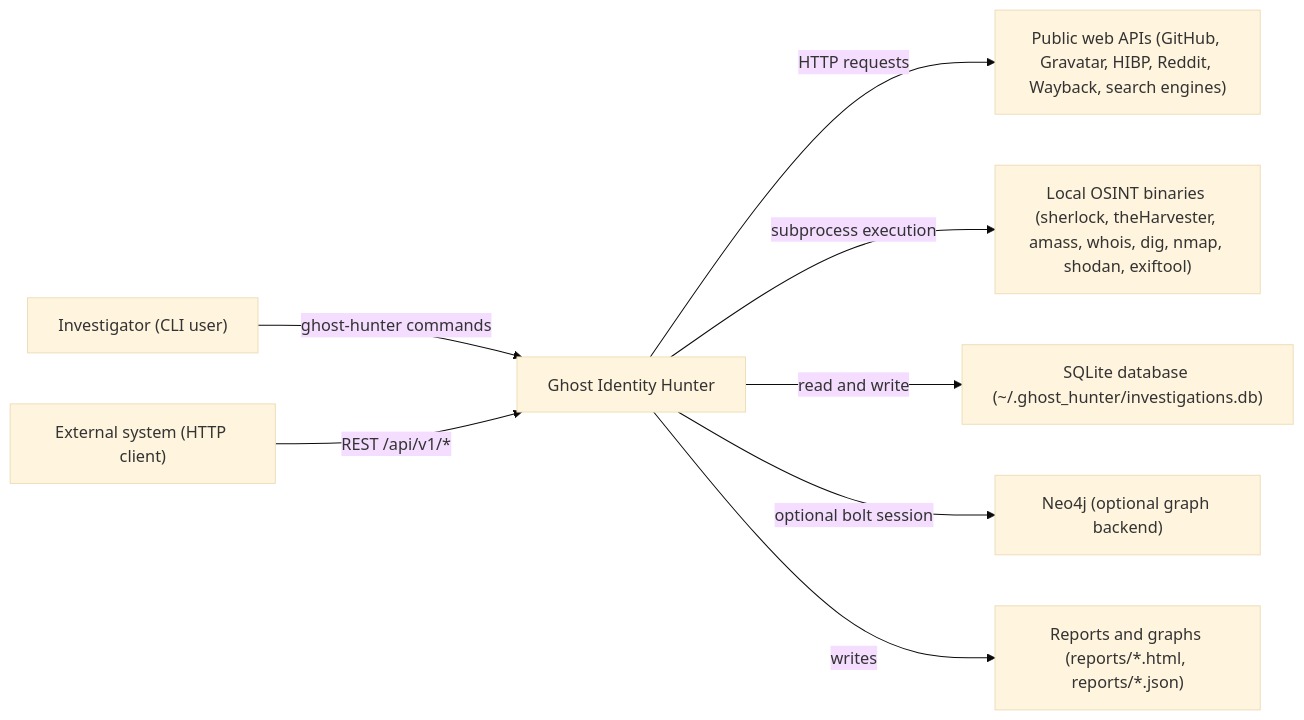
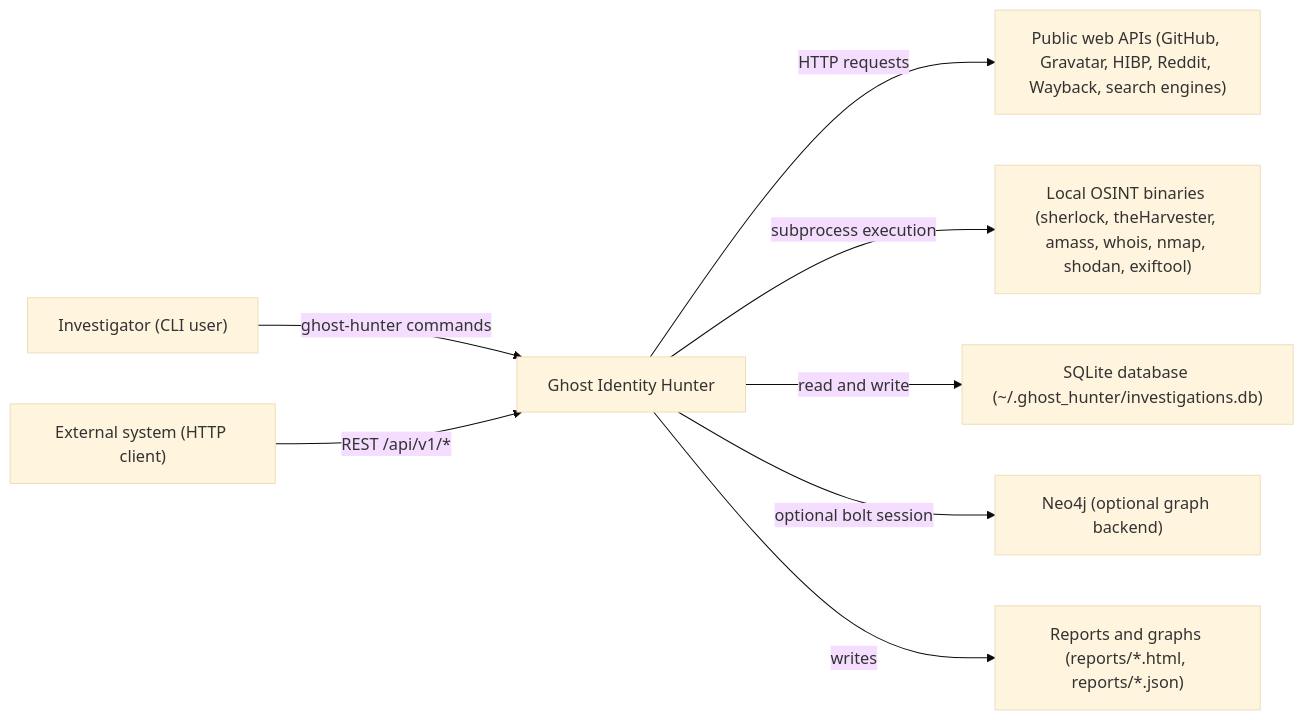
One commit to dhayarajas/gih changed the first of 13 diagrams in docs/ARCHITECTURE.md. Above: the diagram before and after it, drawn with Mermaid (base theme). The commit also changed other lines of this file and 15 other files, not shown here.

````diff
--- a/docs/ARCHITECTURE.md
+++ b/docs/ARCHITECTURE.md
@@ -32,19 +32,19 @@
 ```mermaid
 graph LR
     Investigator["Investigator (CLI user)"]
     ExternalSystem["External system (HTTP client)"]
     GIH["Ghost Identity Hunter"]
     PublicAPIs["Public web APIs (GitHub, Gravatar, HIBP, Reddit, Wayback, search engines)"]
-    LocalTools["Local OSINT binaries (sherlock, theHarvester, amass, whois, dig, nmap, shodan, exiftool)"]
+    LocalTools["Local OSINT binaries (sherlock, theHarvester, amass, whois, nmap, shodan, exiftool)"]
     SQLite["SQLite database (~/.ghost_hunter/investigations.db)"]
     Neo4j["Neo4j (optional graph backend)"]
     Outputs["Reports and graphs (reports/*.html, reports/*.json)"]
 
     Investigator -->|"ghost-hunter commands"| GIH
     ExternalSystem -->|"REST /api/v1/*"| GIH
     GIH -->|"HTTP requests"| PublicAPIs
     GIH -->|"subprocess execution"| LocalTools
     GIH -->|"read and write"| SQLite
     GIH -->|"optional bolt session"| Neo4j
     GIH -->|"writes"| Outputs
 ```
````
